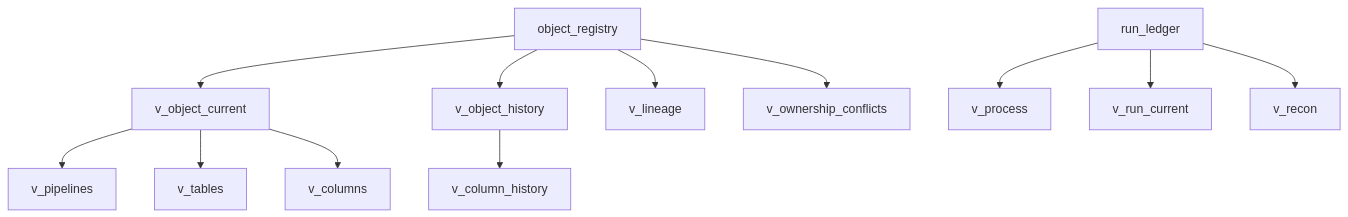
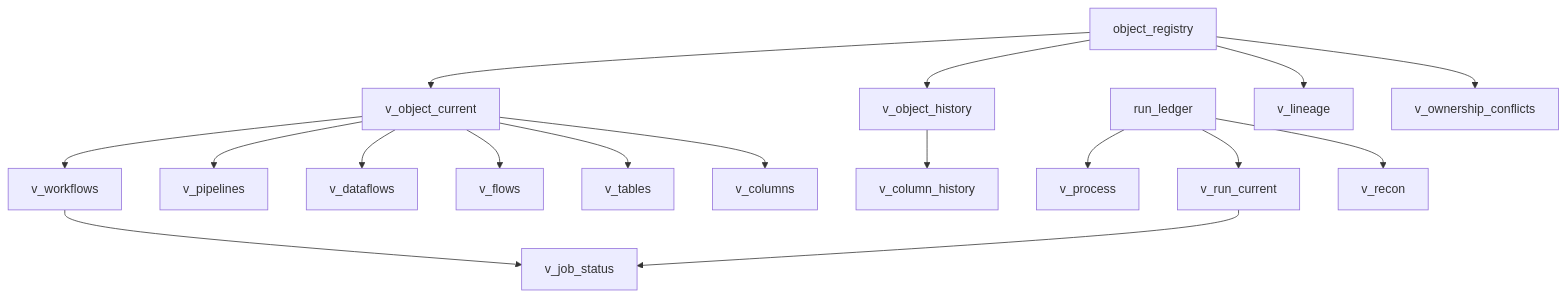
One commit to NitinKeshavB/framework changed the fourth of 4 diagrams in framework_docs/ARCHITECTURE.md. Above: the diagram before and after it, drawn with Mermaid. The commit also changed other lines of this file and 24 other files, not shown here.

````diff
--- a/framework_docs/ARCHITECTURE.md
+++ b/framework_docs/ARCHITECTURE.md
@@ -119,16 +121,21 @@
 ```mermaid
 flowchart TD
   object_registry[object_registry]
   run_ledger[run_ledger]
   object_registry --> v_object_current
   object_registry --> v_object_history
   object_registry --> v_lineage
   object_registry --> v_ownership_conflicts
+  v_object_current --> v_workflows
   v_object_current --> v_pipelines
+  v_object_current --> v_dataflows
+  v_object_current --> v_flows
   v_object_current --> v_tables
   v_object_current --> v_columns
   v_object_history --> v_column_history
   run_ledger --> v_process
   run_ledger --> v_run_current
   run_ledger --> v_recon
+  v_workflows --> v_job_status
+  v_run_current --> v_job_status
 ```
````
